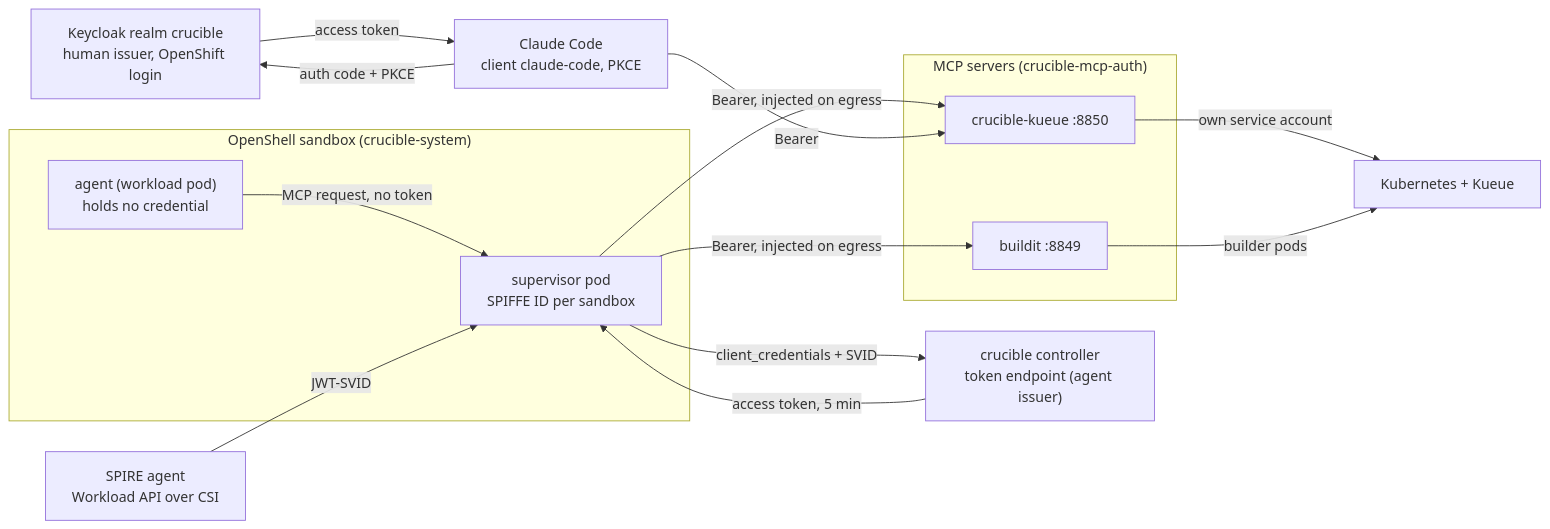
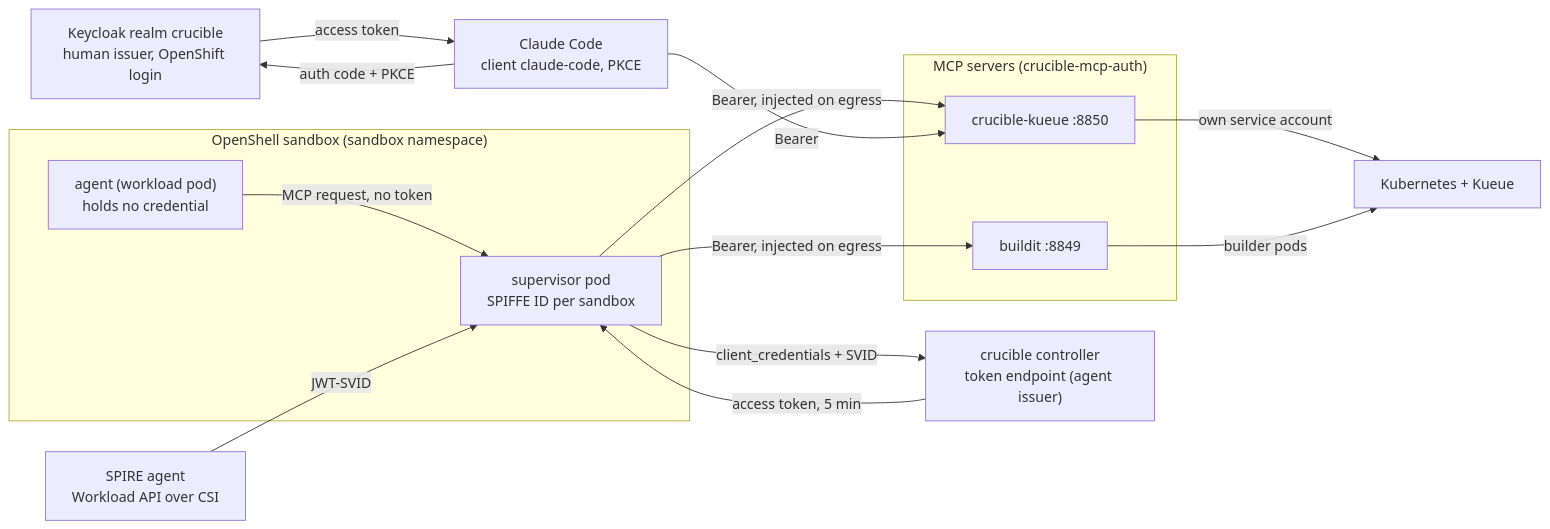
Before and after one commit to neuralmagic/crucible: the first of 5 diagrams in crucible-mcp-auth/README.md, drawn with Mermaid. The commit also changed other lines of this file, not shown here.

First line of the commit message:
Place sandbox SPIFFE IDs in the sandbox namespace in the auth README

````diff
--- a/crucible-mcp-auth/README.md
+++ b/crucible-mcp-auth/README.md
@@ -52,28 +52,28 @@
 ```mermaid
 flowchart LR
-    subgraph sandbox["OpenShell sandbox (crucible-system)"]
+    subgraph sandbox["OpenShell sandbox (sandbox namespace)"]
         agent["agent (workload pod)<br/>holds no credential"]
         sup["supervisor pod<br/>SPIFFE ID per sandbox"]
         agent -->|MCP request, no token| sup
     end
     spire["SPIRE agent<br/>Workload API over CSI"]
     ctl["crucible controller<br/>token endpoint (agent issuer)"]
     kc["Keycloak realm crucible<br/>human issuer, OpenShift login"]
     cc["Claude Code<br/>client claude-code, PKCE"]
     subgraph servers["MCP servers (crucible-mcp-auth)"]
         kueue["crucible-kueue :8850"]
         buildit["buildit :8849"]
     end
     k8s["Kubernetes + Kueue"]
 
     spire -->|JWT-SVID| sup
     sup -->|client_credentials + SVID| ctl
     ctl -->|access token, 5 min| sup
     sup -->|Bearer, injected on egress| kueue
     sup -->|Bearer, injected on egress| buildit
     cc -->|auth code + PKCE| kc
     kc -->|access token| cc
     cc -->|Bearer| kueue
     kueue -->|own service account| k8s
     buildit -->|builder pods| k8s
 ```
````
